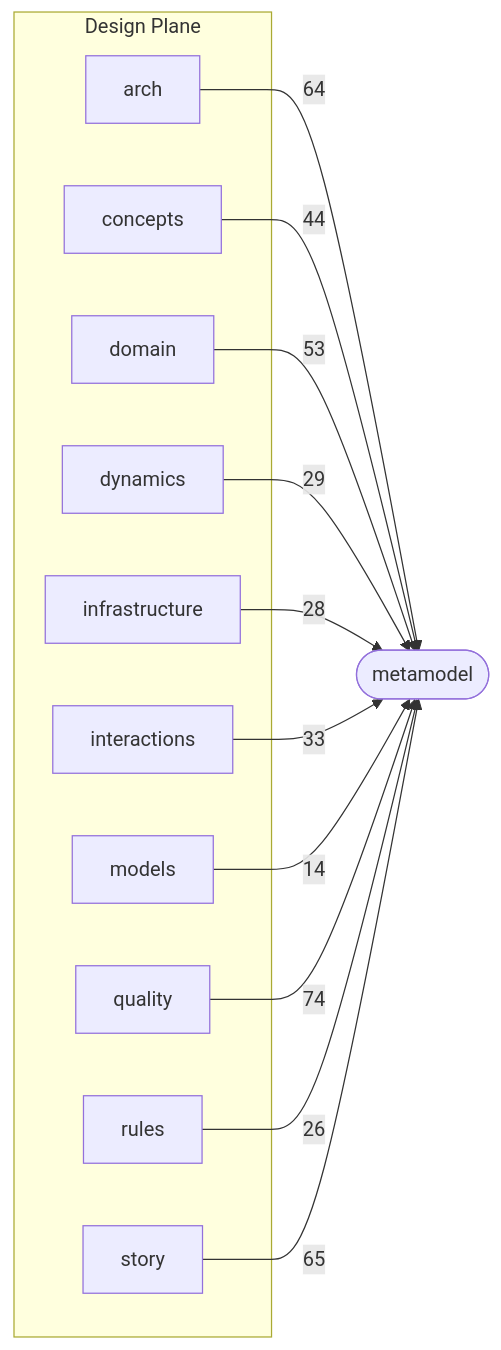
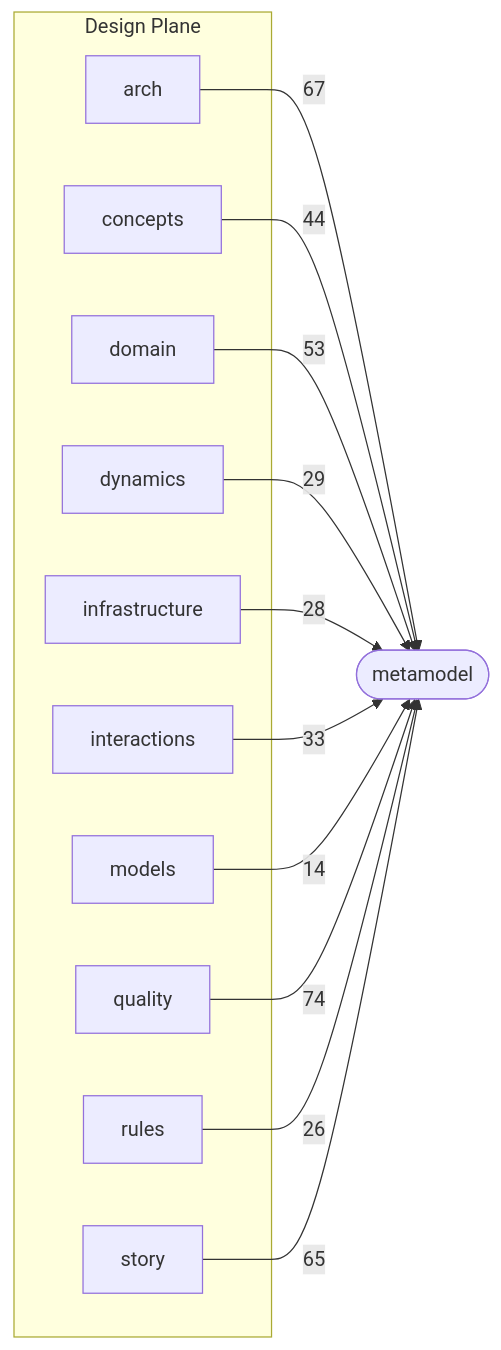
One commit to Archally/blueprint-schema changed the second of 3 diagrams in docs/schema-atlas/v2.8/layer-map.md. Above: the diagram before and after it, drawn with Mermaid. The commit also changed other lines of this file and 3 other files, not shown here.

Commit message:
Schema Atlas: the catalog follows the 2.8.56 schema

````diff
--- a/docs/schema-atlas/v2.8/layer-map.md
+++ b/docs/schema-atlas/v2.8/layer-map.md
@@ -95,26 +95,26 @@
 ```mermaid
 graph LR
     subgraph design_plane["Design Plane"]
         design_arch_schema_yaml["arch"]
         design_concepts_schema_yaml["concepts"]
         design_domain_schema_yaml["domain"]
         design_dynamics_schema_yaml["dynamics"]
         design_infrastructure_schema_yaml["infrastructure"]
         design_interactions_schema_yaml["interactions"]
         design_models_schema_yaml["models"]
         design_quality_schema_yaml["quality"]
         design_rules_schema_yaml["rules"]
         design_story_schema_yaml["story"]
     end
     metamodel_schema_yaml(["metamodel"])
-    design_arch_schema_yaml -->|64| metamodel_schema_yaml
+    design_arch_schema_yaml -->|67| metamodel_schema_yaml
     design_concepts_schema_yaml -->|44| metamodel_schema_yaml
     design_domain_schema_yaml -->|53| metamodel_schema_yaml
     design_dynamics_schema_yaml -->|29| metamodel_schema_yaml
     design_infrastructure_schema_yaml -->|28| metamodel_schema_yaml
     design_interactions_schema_yaml -->|33| metamodel_schema_yaml
     design_models_schema_yaml -->|14| metamodel_schema_yaml
     design_quality_schema_yaml -->|74| metamodel_schema_yaml
     design_rules_schema_yaml -->|26| metamodel_schema_yaml
     design_story_schema_yaml -->|65| metamodel_schema_yaml
 ```
````
